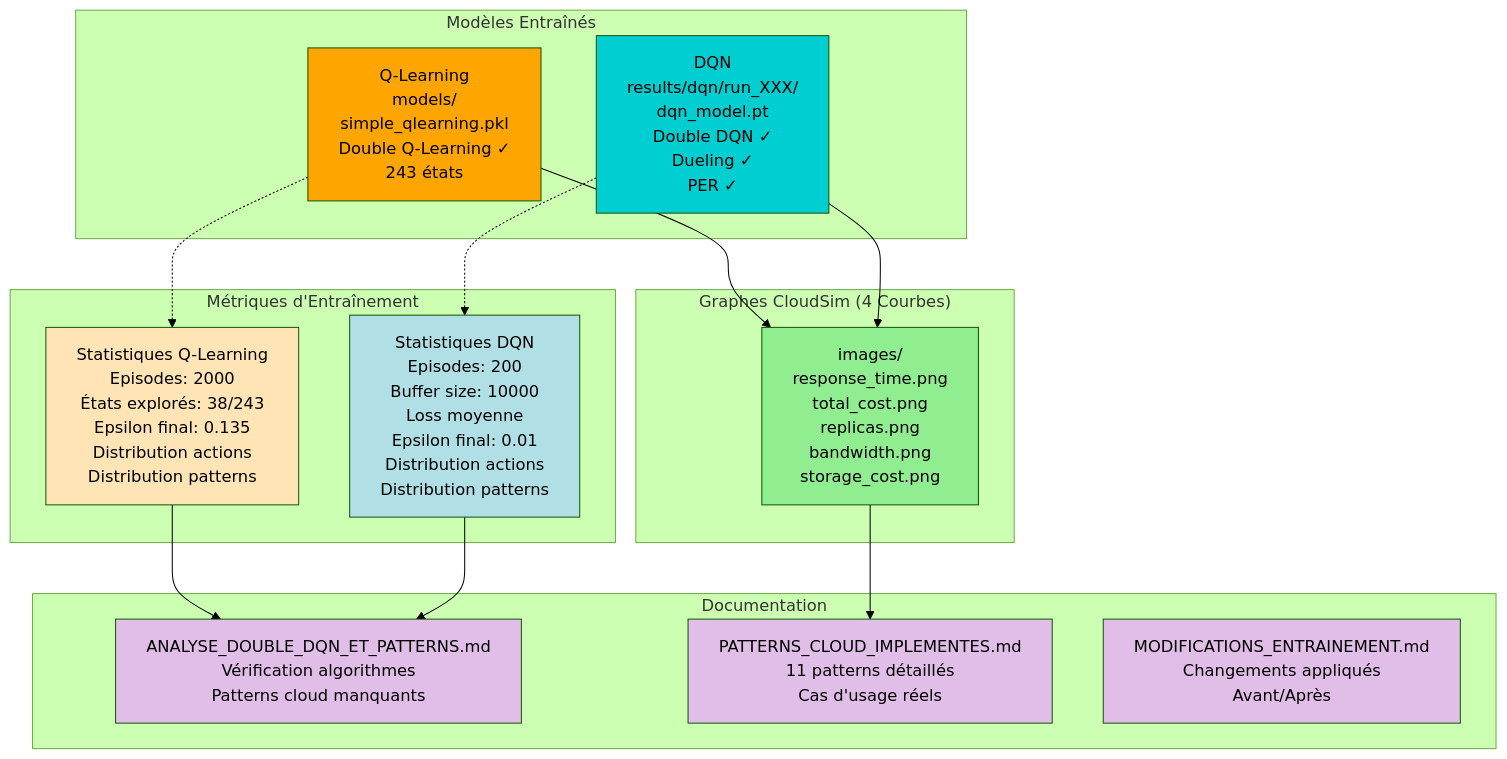
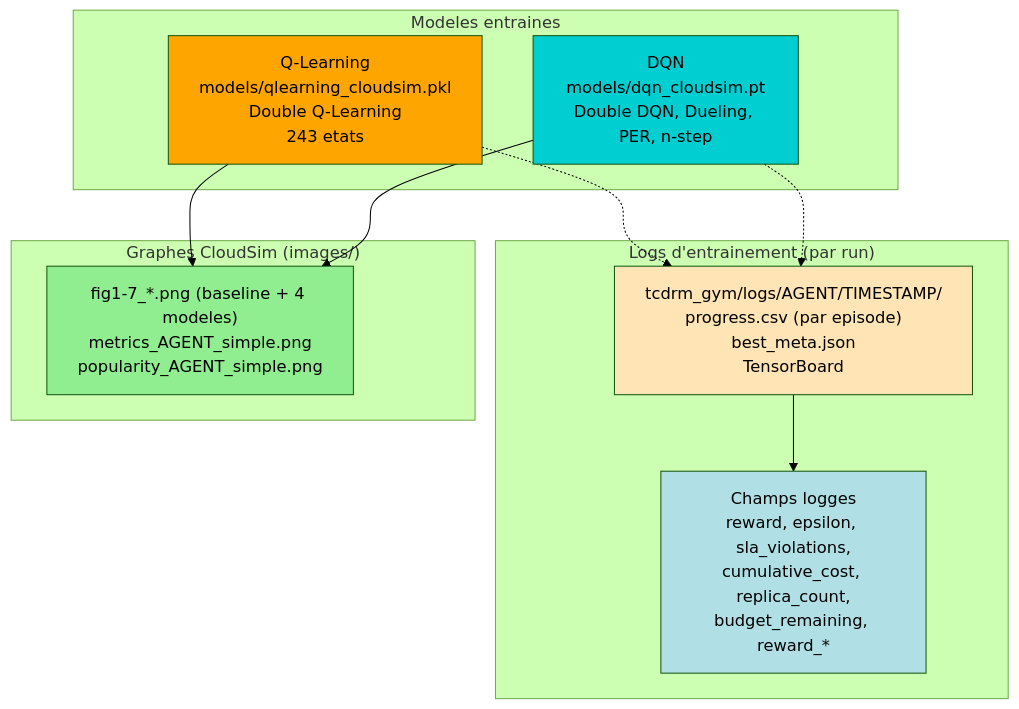
One commit to valdoth/tcdm-adaptive changed the eighth of 10 diagrams in docs/workflow_diagrams_2024.md. Above: the diagram before and after it, drawn with Mermaid (forest theme). The commit also changed other lines of this file and 84 other files, not shown here.

````diff
--- a/docs/workflow_diagrams_2024.md
+++ b/docs/workflow_diagrams_2024.md
@@ -301,45 +354,31 @@
 ```mermaid
 graph TB
-    subgraph "Modèles Entraînés"
-        QL_MODEL[Q-Learning<br/>models/<br/>simple_qlearning.pkl<br/>Double Q-Learning ✓<br/>243 états]
-        
-        DQN_MODEL[DQN<br/>results/dqn/run_XXX/<br/>dqn_model.pt<br/>Double DQN ✓<br/>Dueling ✓<br/>PER ✓]
+    subgraph "Modeles entraines"
+        QL_MODEL["Q-Learning<br/>models/qlearning_cloudsim.pkl<br/>Double Q-Learning<br/>243 etats"]
+
+        DQN_MODEL["DQN<br/>models/dqn_cloudsim.pt<br/>Double DQN, Dueling, PER, n-step"]
     end
-    
-    subgraph "Métriques d'Entraînement"
-        QL_STATS[Statistiques Q-Learning<br/>Episodes: 2000<br/>États explorés: 38/243<br/>Epsilon final: 0.135<br/>Distribution actions<br/>Distribution patterns]
-        
-        DQN_STATS[Statistiques DQN<br/>Episodes: 200<br/>Buffer size: 10000<br/>Loss moyenne<br/>Epsilon final: 0.01<br/>Distribution actions<br/>Distribution patterns]
+
+    subgraph "Logs d'entrainement (par run)"
+        LOGS["tcdrm_gym/logs/AGENT/TIMESTAMP/<br/>progress.csv (par episode)<br/>best_meta.json<br/>TensorBoard"]
+
+        FIELDS["Champs logges<br/>reward, epsilon, sla_violations,<br/>cumulative_cost, replica_count,<br/>budget_remaining, reward_*"]
     end
-    
-    subgraph "Graphes CloudSim (4 Courbes)"
-        GRAPHS[images/<br/>response_time.png<br/>total_cost.png<br/>replicas.png<br/>bandwidth.png<br/>storage_cost.png]
+
+    subgraph "Graphes CloudSim (images/)"
+        GRAPHS["fig1-7_*.png (baseline + 4 modeles)<br/>metrics_AGENT_simple.png<br/>popularity_AGENT_simple.png"]
     end
-    
-    subgraph "Documentation"
-        DOC1[ANALYSE_DOUBLE_DQN_ET_PATTERNS.md<br/>Vérification algorithmes<br/>Patterns cloud manquants]
-        
-        DOC2[PATTERNS_CLOUD_IMPLEMENTES.md<br/>11 patterns détaillés<br/>Cas d'usage réels]
-        
-        DOC3[MODIFICATIONS_ENTRAINEMENT.md<br/>Changements appliqués<br/>Avant/Après]
-    end
-    
-    QL_MODEL -.-> QL_STATS
-    DQN_MODEL -.-> DQN_STATS
-    
+
+    QL_MODEL -.-> LOGS
+    DQN_MODEL -.-> LOGS
+    LOGS --> FIELDS
+
     QL_MODEL --> GRAPHS
     DQN_MODEL --> GRAPHS
-    
-    QL_STATS --> DOC1
-    DQN_STATS --> DOC1
-    GRAPHS --> DOC2
-    
+
     style QL_MODEL fill:#FFA500
     style DQN_MODEL fill:#00CED1
-    style QL_STATS fill:#FFE4B5
-    style DQN_STATS fill:#B0E0E6
+    style LOGS fill:#FFE4B5
+    style FIELDS fill:#B0E0E6
     style GRAPHS fill:#90EE90
-    style DOC1 fill:#E1BEE7
-    style DOC2 fill:#E1BEE7
-    style DOC3 fill:#E1BEE7
 ```
````
